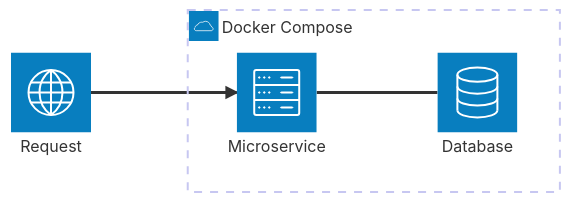
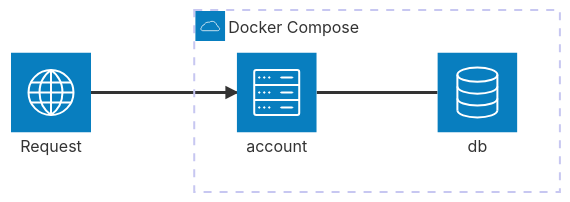
The third of 3 diagrams in docs/checkpoints/checkpoint1.md (laupontiroli/platform_api-serv), drawn with Mermaid before and after one commit. The commit also changed 1 other file, not shown here.

````diff
--- a/docs/checkpoints/checkpoint1.md
+++ b/docs/checkpoints/checkpoint1.md
@@ -97,14 +97,14 @@
 ``` mermaid
 architecture-beta
 
     service internet(internet)[Request]
 
     group api(cloud)[Docker Compose]
 
-    service db(database)[Database] in api
-    service server(server)[Microservice] in api
+    service db(database)[db] in api
+    service server(server)[account] in api
 
     internet:R --> L:server
 
     db:L -- R:server
 ```
````
